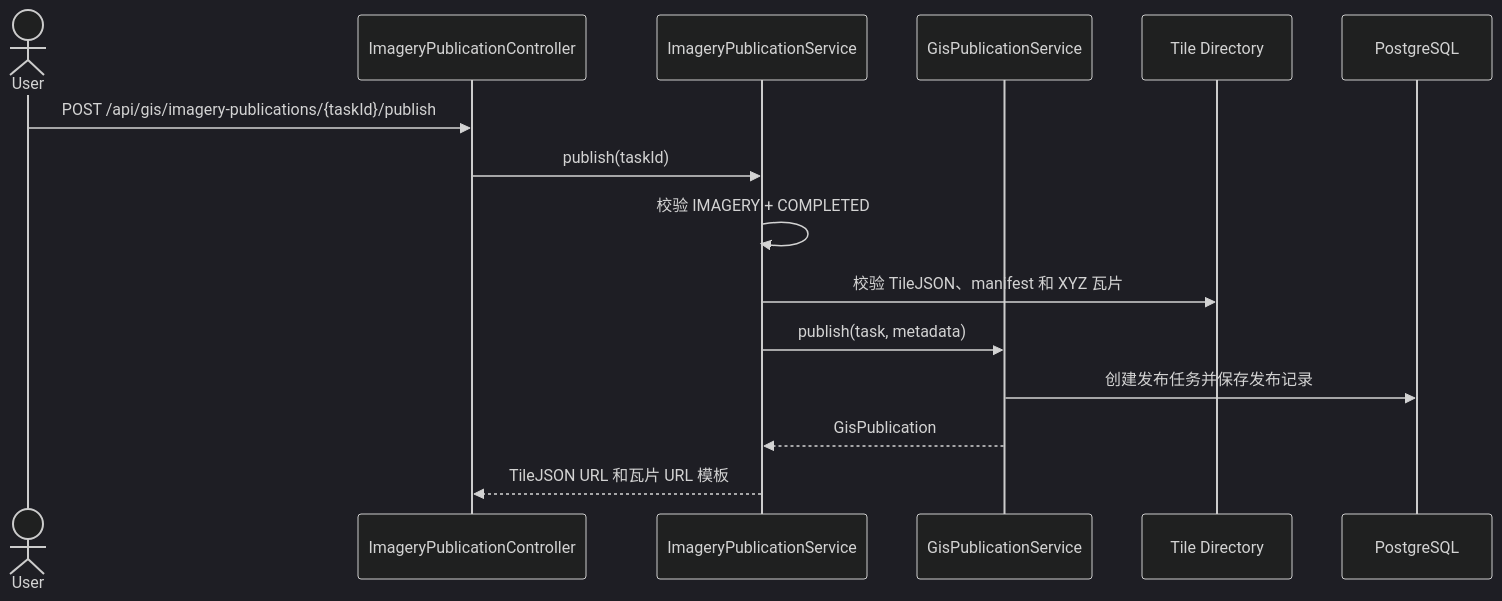
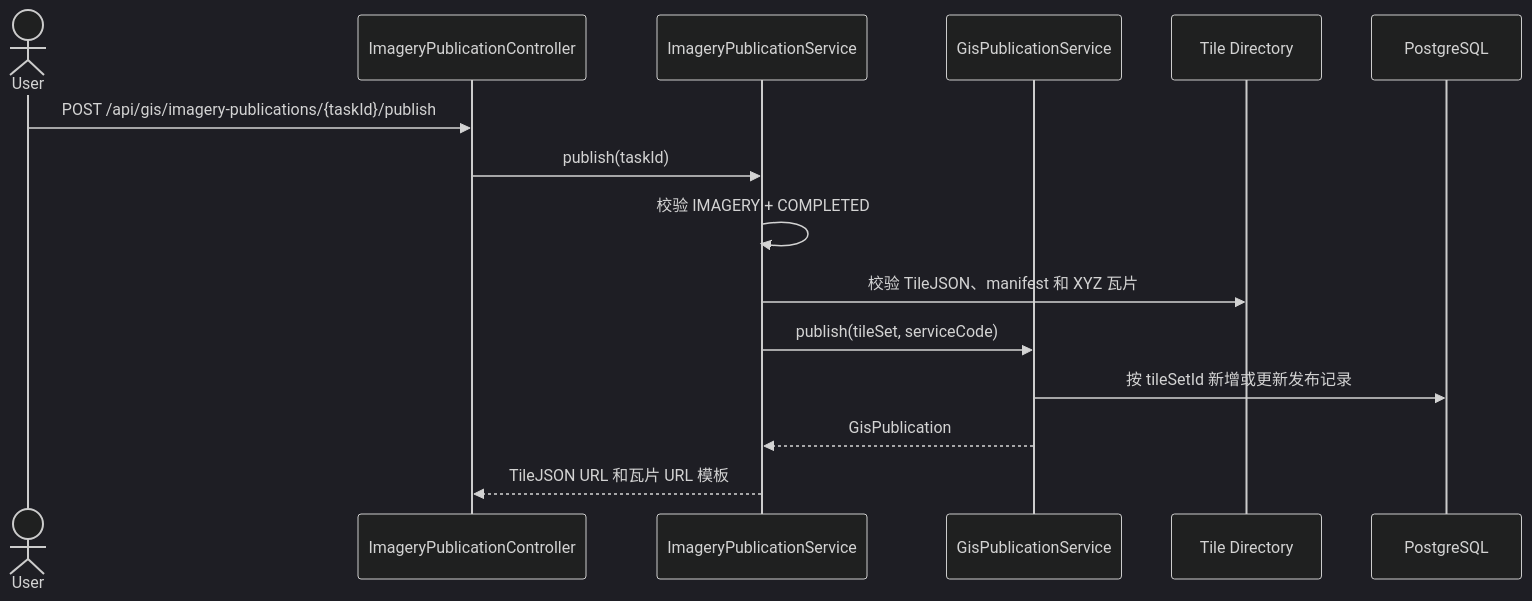
Before and after one commit to ch-dpf/Ocean_Admin_Service: the second of 2 diagrams in docs/imagery-publication-uml.md, drawn with Mermaid (dark theme). The commit also changed other lines of this file and 36 other files, not shown here.

````diff
--- a/docs/imagery-publication-uml.md
+++ b/docs/imagery-publication-uml.md
@@ -50,18 +56,18 @@
 ```mermaid
 sequenceDiagram
     actor User
     participant API as ImageryPublicationController
     participant TypeService as ImageryPublicationService
     participant CommonService as GisPublicationService
     participant FS as Tile Directory
     participant DB as PostgreSQL
 
     User->>API: POST /api/gis/imagery-publications/{taskId}/publish
     API->>TypeService: publish(taskId)
     TypeService->>TypeService: 校验 IMAGERY + COMPLETED
     TypeService->>FS: 校验 TileJSON、manifest 和 XYZ 瓦片
-    TypeService->>CommonService: publish(task, metadata)
-    CommonService->>DB: 创建发布任务并保存发布记录
+    TypeService->>CommonService: publish(tileSet, serviceCode)
+    CommonService->>DB: 按 tileSetId 新增或更新发布记录
     CommonService-->>TypeService: GisPublication
     TypeService-->>API: TileJSON URL 和瓦片 URL 模板
 ```
````
